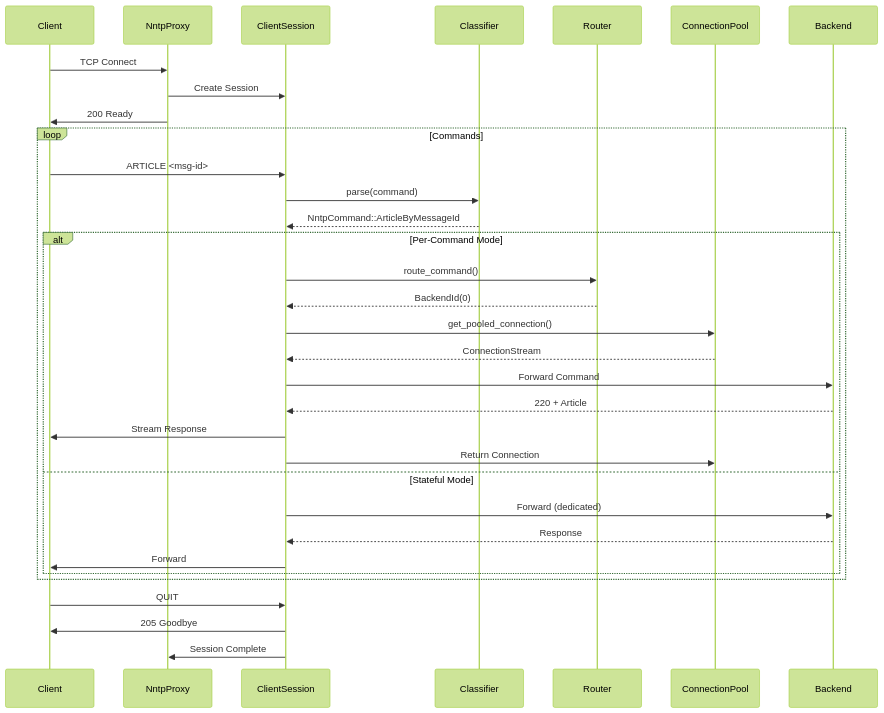
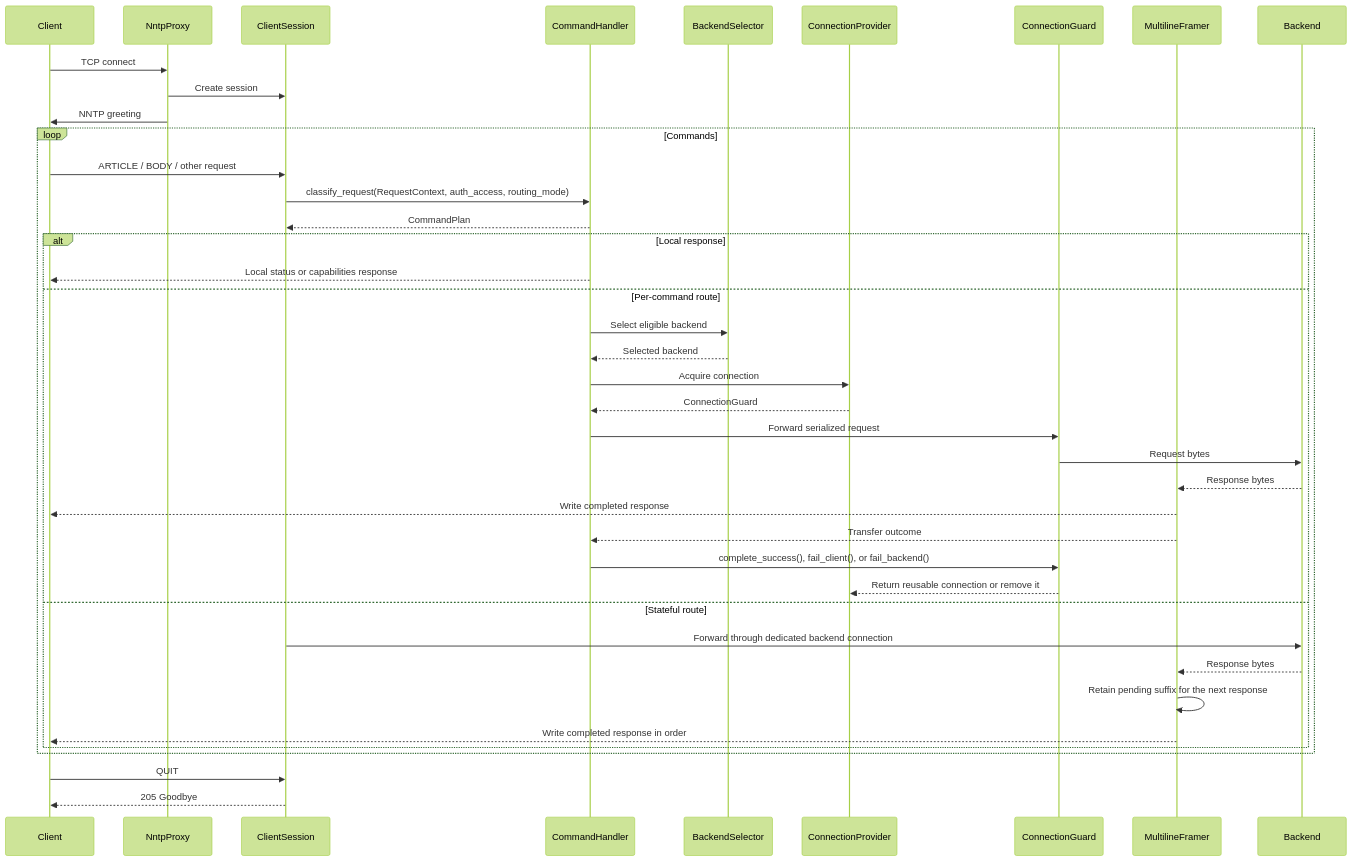
Before and after one commit to mjc/nntp-proxy: the diagram in docs/internal/request-flow.mmd, drawn with Mermaid (forest theme). The commit also changed 8 other files, not shown here.

```diff
--- a/docs/internal/request-flow.mmd
+++ b/docs/internal/request-flow.mmd
@@ -1,37 +1,43 @@
 sequenceDiagram
     participant C as Client
     participant P as NntpProxy
     participant S as ClientSession
-    participant CL as Classifier
-    participant R as Router
-    participant Pool as ConnectionPool
+    participant H as CommandHandler
+    participant R as BackendSelector
+    participant Pool as ConnectionProvider
+    participant G as ConnectionGuard
+    participant F as MultilineFramer
     participant B as Backend
 
-    C->>P: TCP Connect
-    P->>S: Create Session
-    P->>C: 200 Ready
-    
+    C->>P: TCP connect
+    P->>S: Create session
+    P->>C: NNTP greeting
+
     loop Commands
-        C->>S: ARTICLE <msg-id>
-        S->>CL: parse(command)
-        CL-->>S: NntpCommand::ArticleByMessageId
-        
-        alt Per-Command Mode
-            S->>R: route_command()
-            R-->>S: BackendId(0)
-            S->>Pool: get_pooled_connection()
-            Pool-->>S: ConnectionStream
-            S->>B: Forward Command
-            B-->>S: 220 + Article
-            S->>C: Stream Response
-            S->>Pool: Return Connection
-        else Stateful Mode
-            S->>B: Forward (dedicated)
-            B-->>S: Response
-            S->>C: Forward
+        C->>S: ARTICLE / BODY / other request
+        S->>H: classify_request(RequestContext, auth_access, routing_mode)
+        H-->>S: CommandPlan
+        alt Local response
+            H-->>C: Local status or capabilities response
+        else Per-command route
+            H->>R: Select eligible backend
+            R-->>H: Selected backend
+            H->>Pool: Acquire connection
+            Pool-->>H: ConnectionGuard
+            H->>G: Forward serialized request
+            G->>B: Request bytes
+            B-->>F: Response bytes
+            F-->>C: Write completed response
+            F-->>H: Transfer outcome
+            H->>G: complete_success(), fail_client(), or fail_backend()
+            G-->>Pool: Return reusable connection or remove it
+        else Stateful route
+            S->>B: Forward through dedicated backend connection
+            B-->>F: Response bytes
+            F->>F: Retain pending suffix for the next response
+            F-->>C: Write completed response in order
         end
     end
-    
+
     C->>S: QUIT
-    S->>C: 205 Goodbye
-    S->>P: Session Complete
+    S-->>C: 205 Goodbye
```
